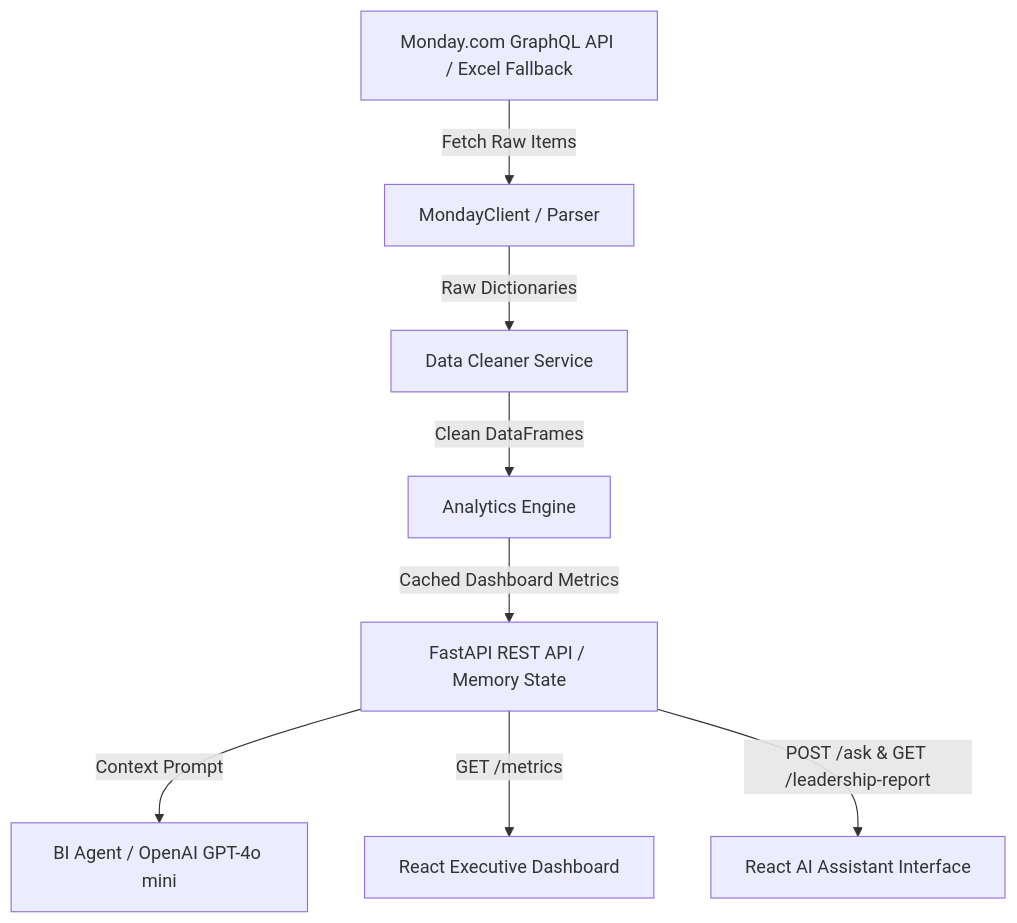
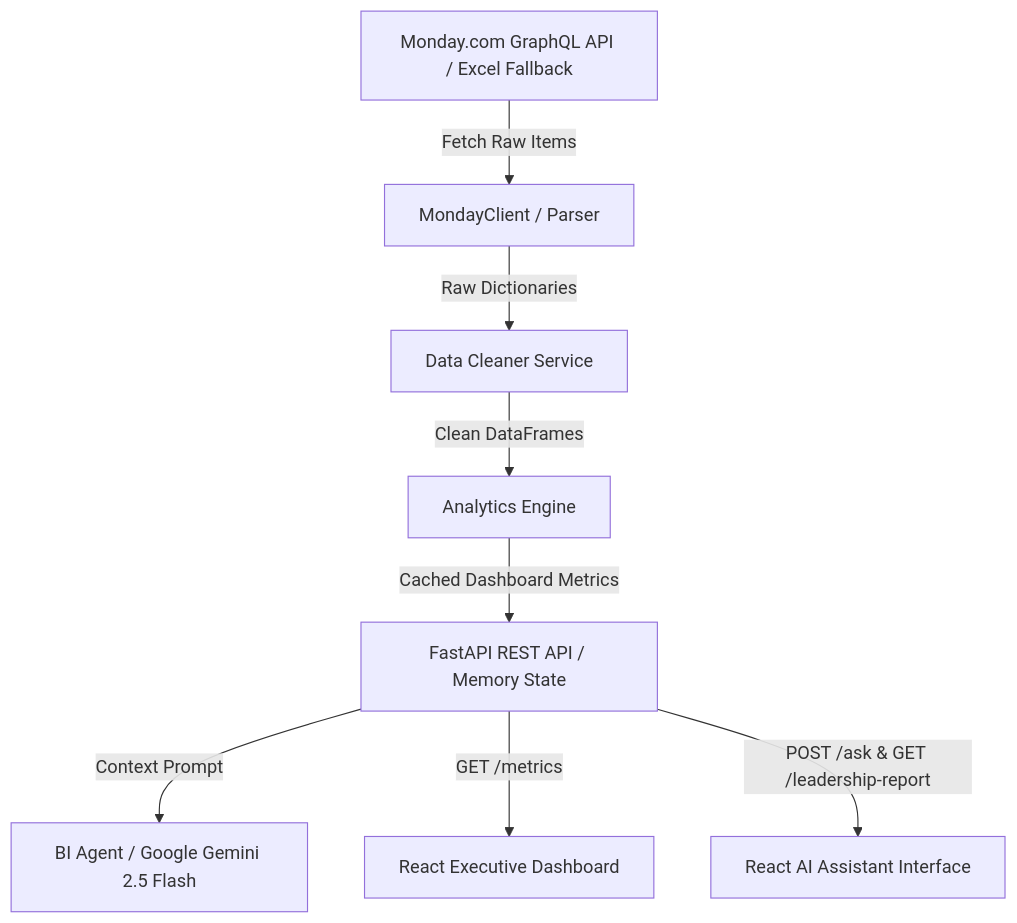
Before and after one commit to AVINASHGK16/Skylarp-drones-Software-Building-: the diagram in README.md, drawn with Mermaid. The commit also changed other lines of this file and 9 other files, not shown here.

Commit message:
refactor: migrate AI BI Agent from OpenAI to Google Gemini API using google-genai SDK and gemini-2.5-flash

````diff
--- a/README.md
+++ b/README.md
@@ -19,10 +19,10 @@
 ```mermaid
 graph TD
     A[Monday.com GraphQL API / Excel Fallback] -->|Fetch Raw Items| B[MondayClient / Parser]
     B -->|Raw Dictionaries| C[Data Cleaner Service]
     C -->|Clean DataFrames| D[Analytics Engine]
     D -->|Cached Dashboard Metrics| E[FastAPI REST API / Memory State]
-    E -->|Context Prompt| F[BI Agent / OpenAI GPT-4o mini]
+    E -->|Context Prompt| F[BI Agent / Google Gemini 2.5 Flash]
     E -->|GET /metrics| G[React Executive Dashboard]
     E -->|POST /ask & GET /leadership-report| H[React AI Assistant Interface]
 ```
````
